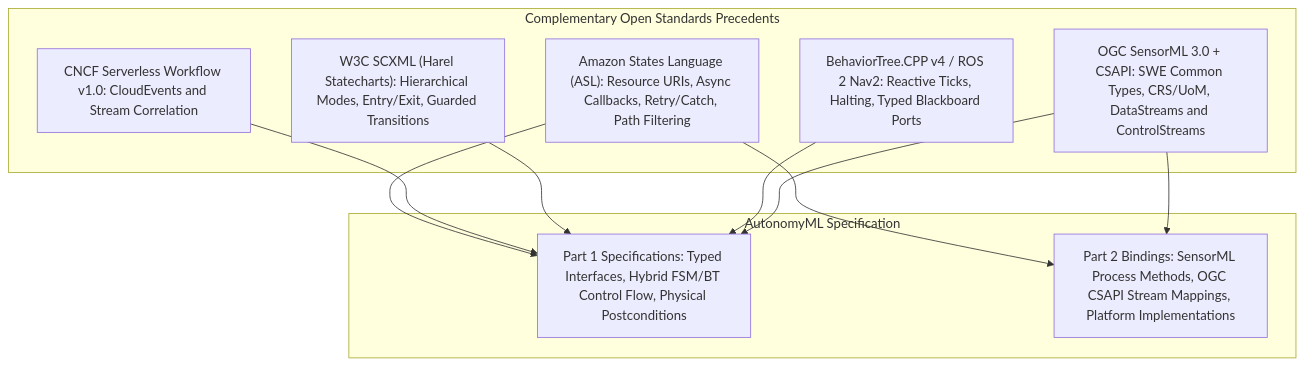
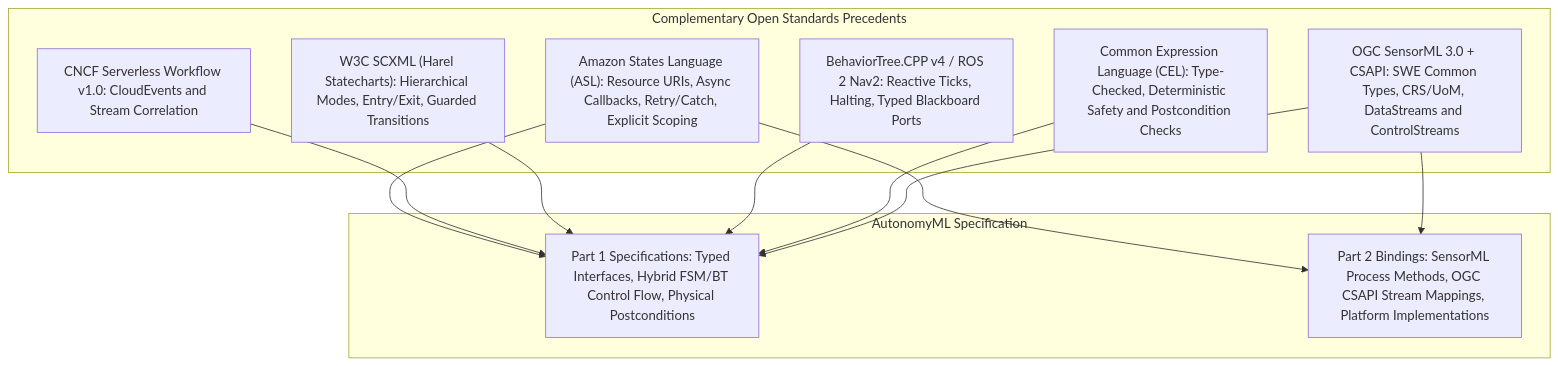
One commit to cam-s-hunt/autonomyml changed the first of 3 diagrams in docs/research/asl-and-open-standards-precedents.md. Above: the diagram before and after it, drawn with Mermaid. The commit also changed other lines of this file and 1 other file, not shown here.

Commit message:
docs(research): recommend CEL and adopt OGC-native camelCase without AWS quirks

````diff
--- a/docs/research/asl-and-open-standards-precedents.md
+++ b/docs/research/asl-and-open-standards-precedents.md
@@ -9,23 +9,25 @@
 ```mermaid
 flowchart TB
     subgraph Precedents["Complementary Open Standards Precedents"]
-        ASL["Amazon States Language (ASL): Resource URIs, Async Callbacks, Retry/Catch, Path Filtering"]
+        ASL["Amazon States Language (ASL): Resource URIs, Async Callbacks, Retry/Catch, Explicit Scoping"]
         CNCF["CNCF Serverless Workflow v1.0: CloudEvents and Stream Correlation"]
         SCXML["W3C SCXML (Harel Statecharts): Hierarchical Modes, Entry/Exit, Guarded Transitions"]
         BTCPP["BehaviorTree.CPP v4 / ROS 2 Nav2: Reactive Ticks, Halting, Typed Blackboard Ports"]
+        CEL["Common Expression Language (CEL): Type-Checked, Deterministic Safety and Postcondition Checks"]
         OGC["OGC SensorML 3.0 + CSAPI: SWE Common Types, CRS/UoM, DataStreams and ControlStreams"]
     end
 
     subgraph AML["AutonomyML Specification"]
         P1["Part 1 Specifications: Typed Interfaces, Hybrid FSM/BT Control Flow, Physical Postconditions"]
         P2["Part 2 Bindings: SensorML Process Methods, OGC CSAPI Stream Mappings, Platform Implementations"]
     end
 
     ASL --> P1
     ASL --> P2
     CNCF --> P1
     SCXML --> P1
     BTCPP --> P1
+    CEL --> P1
     OGC --> P1
     OGC --> P2
 ```
````
